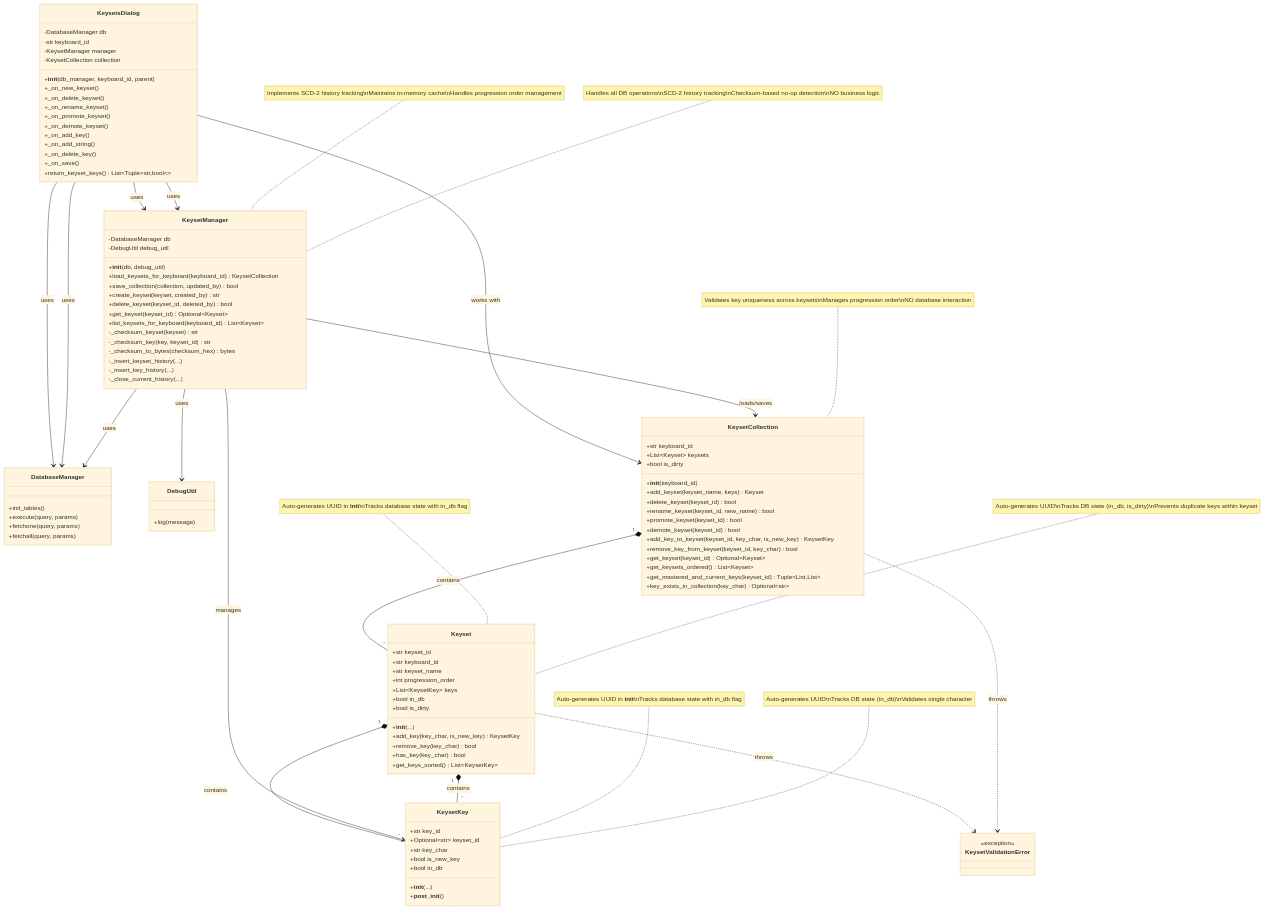
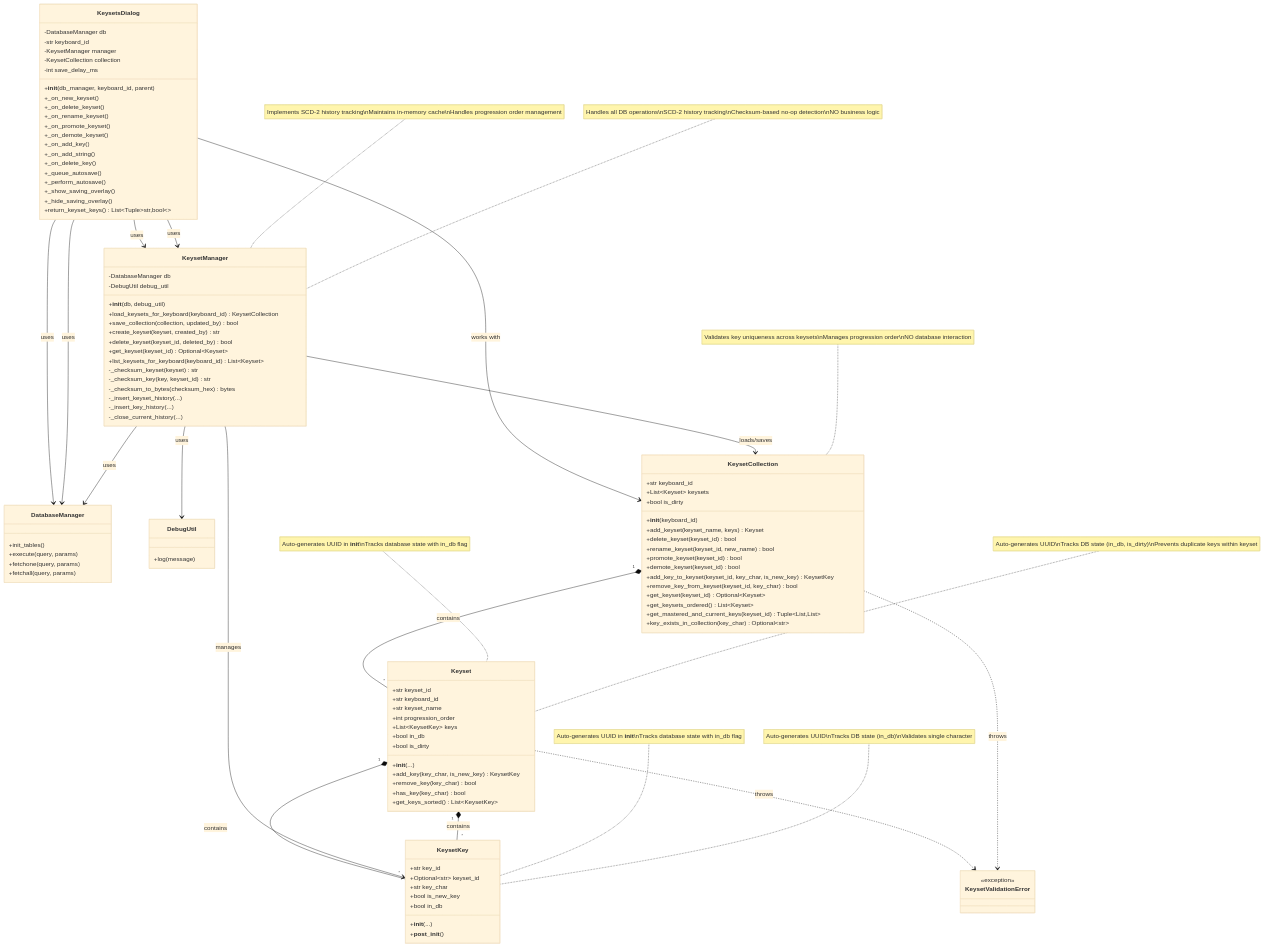
The second of 2 diagrams in Requirements/Keyset_req.md (SeanAdams10/AITypingTrainer), drawn with Mermaid (base theme) before and after one commit. The commit also changed other lines of this file, not shown here.

Commit message:
Update keyset requirements with autosave UI

```diff
--- a/Requirements/Keyset_req.md
+++ b/Requirements/Keyset_req.md
@@ -843,6 +948,7 @@
         -str keyboard_id
         -KeysetManager manager
         -KeysetCollection collection
+        -int save_delay_ms
         +__init__(db_manager, keyboard_id, parent)
         +_on_new_keyset()
         +_on_delete_keyset()
@@ -852,7 +958,10 @@
         +_on_add_key()
         +_on_add_string()
         +_on_delete_key()
-        +_on_save()
+        +_queue_autosave()
+        +_perform_autosave()
+        +_show_saving_overlay()
+        +_hide_saving_overlay()
         +return_keyset_keys() List~Tuple~str,bool~~
     }
     
```
